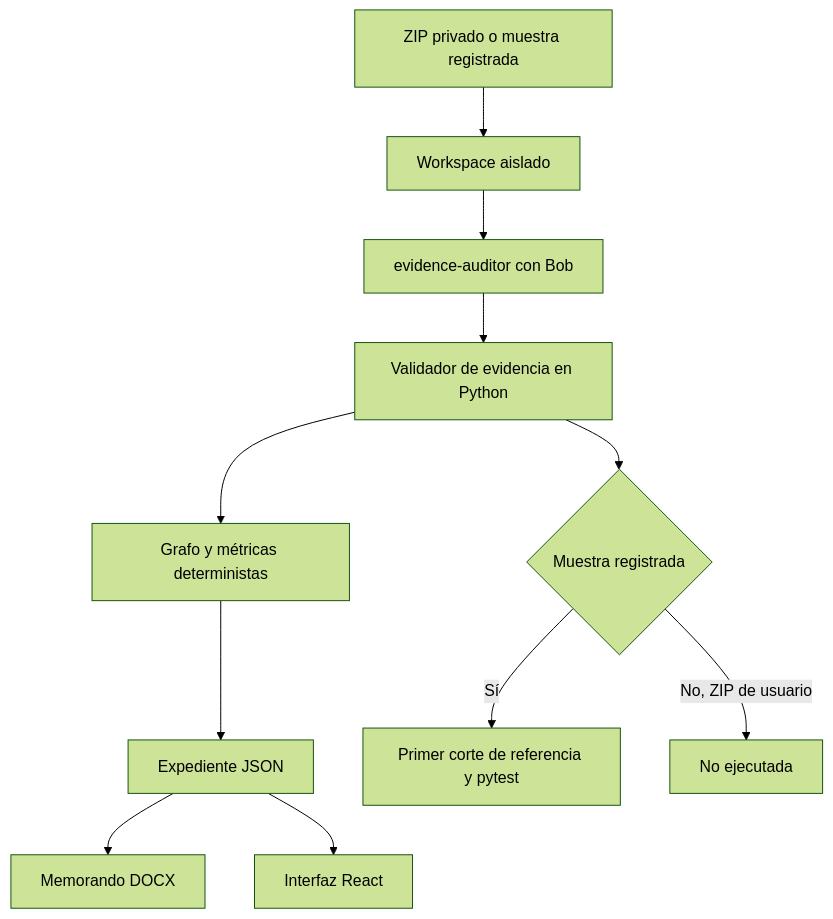
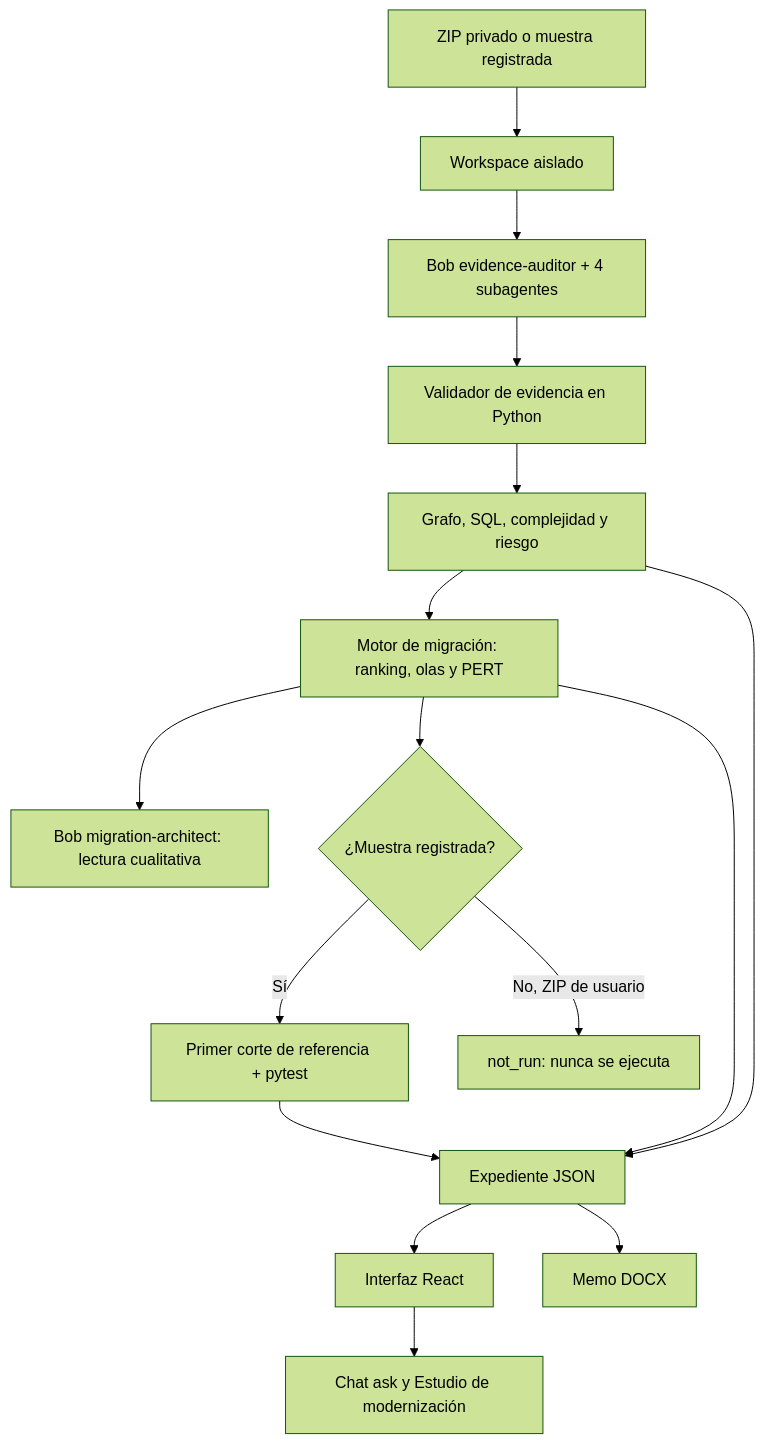
The diagram in README.md (JeanCarlos14301/CodeArchaeologist-AI-x-BOB-2.0), drawn with Mermaid (forest theme) before and after one commit. The commit also changed other lines of this file and 39 other files, not shown here.

````diff
--- a/README.md
+++ b/README.md
@@ -25,13 +87,16 @@
 ```mermaid
 flowchart TD
     A[ZIP privado o muestra registrada] --> B[Workspace aislado]
-    B --> C[evidence-auditor con Bob]
+    B --> C[Bob evidence-auditor + 4 subagentes]
     C --> D[Validador de evidencia en Python]
-    D --> E[Grafo y métricas deterministas]
-    E --> F[Expediente JSON]
-    F --> G[Memorando DOCX]
-    F --> H[Interfaz React]
-    D --> I{Muestra registrada}
-    I -->|Sí| J[Primer corte de referencia y pytest]
-    I -->|No, ZIP de usuario| K[No ejecutada]
+    D --> E[Grafo, SQL, complejidad y riesgo]
+    E --> F[Motor de migración: ranking, olas y PERT]
+    F --> G[Bob migration-architect: lectura cualitativa]
+    F --> H{¿Muestra registrada?}
+    H -->|Sí| I[Primer corte de referencia + pytest]
+    H -->|No, ZIP de usuario| J[not_run: nunca se ejecuta]
+    E & F & I --> K[Expediente JSON]
+    K --> L[Interfaz React]
+    K --> M[Memo DOCX]
+    L --> N[Chat ask y Estudio de modernización]
 ```
````
